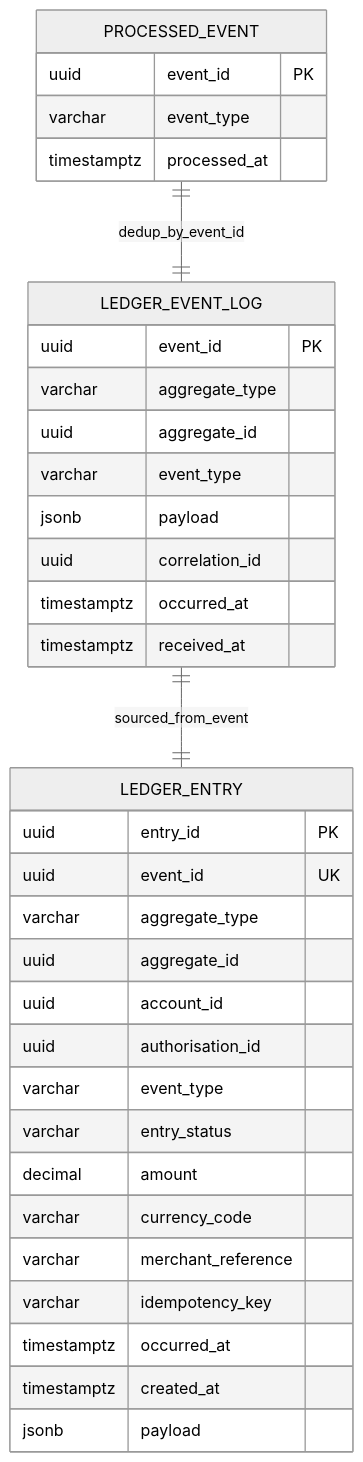
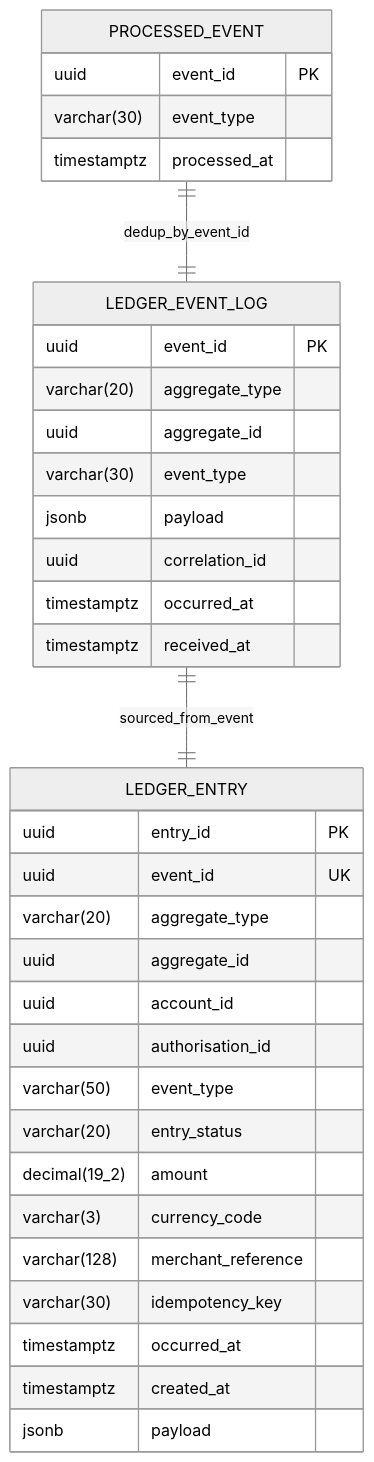
Before and after one commit to ShirongQuan/payment-platform: the diagram in docs/data/ledger-er-diagram.mmd, drawn with Mermaid (neutral theme). The commit also changed 27 other files, not shown here.

```diff
--- a/docs/data/ledger-er-diagram.mmd
+++ b/docs/data/ledger-er-diagram.mmd
@@ -1,38 +1,38 @@
 erDiagram
     LEDGER_ENTRY {
         uuid entry_id PK
         uuid event_id UK
-        varchar aggregate_type
+        varchar(20) aggregate_type
         uuid aggregate_id
         uuid account_id
         uuid authorisation_id
-        varchar event_type
-        varchar entry_status
-        decimal amount
-        varchar currency_code
-        varchar merchant_reference
-        varchar idempotency_key
+        varchar(50) event_type
+        varchar(20) entry_status
+        decimal(19_2) amount
+        varchar(3) currency_code
+        varchar(128) merchant_reference
+        varchar(30) idempotency_key
         timestamptz occurred_at
         timestamptz created_at
         jsonb payload
     }
 
     LEDGER_EVENT_LOG {
         uuid event_id PK
-        varchar aggregate_type
+        varchar(20) aggregate_type
         uuid aggregate_id
-        varchar event_type
+        varchar(30) event_type
         jsonb payload
         uuid correlation_id
         timestamptz occurred_at
         timestamptz received_at
     }
 
     PROCESSED_EVENT {
         uuid event_id PK
-        varchar event_type
+        varchar(30) event_type
         timestamptz processed_at
     }
 
     PROCESSED_EVENT ||--|| LEDGER_EVENT_LOG: dedup_by_event_id
     LEDGER_EVENT_LOG ||--|| LEDGER_ENTRY: sourced_from_event
```
